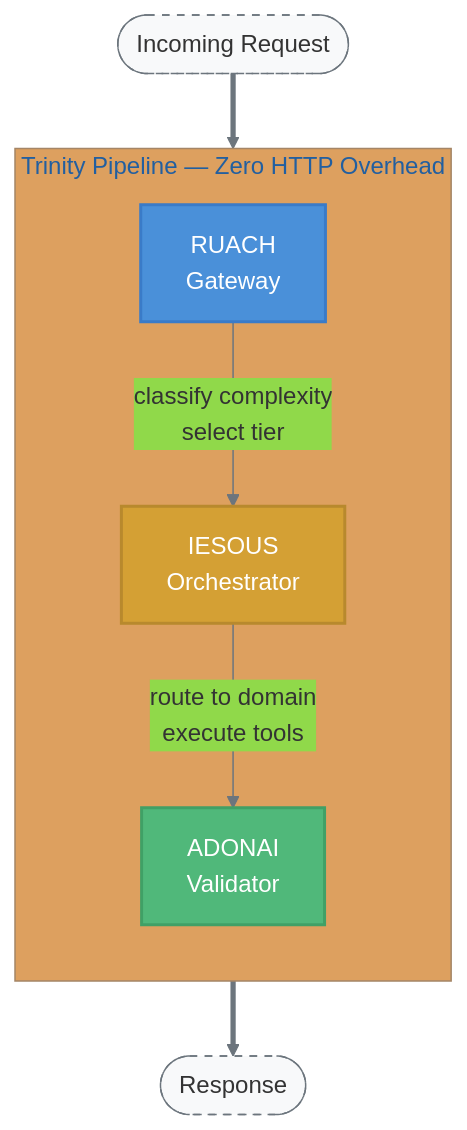
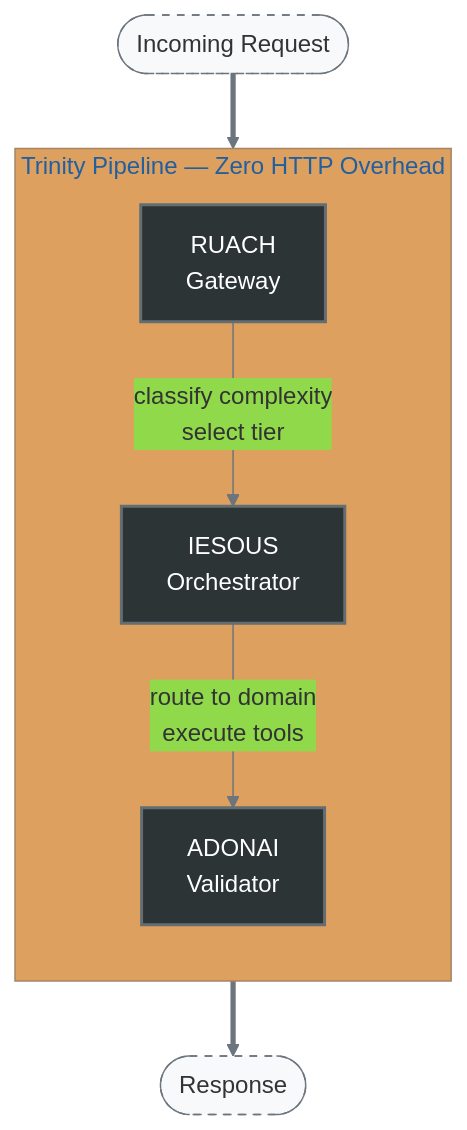
One commit to theLightArchitect/CORSO changed the first of 2 diagrams in README.md. Above: the diagram before and after it, drawn with Mermaid. The commit also changed other lines of this file, not shown here.

Commit message:
Unify diagram color scheme across both diagrams

````diff
--- a/README.md
+++ b/README.md
@@ -24,24 +24,20 @@
 ```mermaid
 %%{init: {'theme': 'base', 'themeVariables': {'primaryColor': '#4a90d9', 'lineColor': '#6c757d'}}}%%
 flowchart TD
     A([Incoming Request]) ==> B
 
     subgraph TRINITY ["Trinity Pipeline — Zero HTTP Overhead"]
         direction TB
         B["RUACH<br/>Gateway"]
         B -->|"classify complexity<br/>select tier"| C["IESOUS<br/>Orchestrator"]
         C -->|"route to domain<br/>execute tools"| D["ADONAI<br/>Validator"]
     end
 
     D ==> E([Response])
 
-    classDef gateway fill:#4a90d9,color:#fff,stroke:#3a7bc8,stroke-width:2px
-    classDef orch fill:#d4a034,color:#fff,stroke:#b8892d,stroke-width:2px
-    classDef valid fill:#50b87a,color:#fff,stroke:#40a066,stroke-width:2px
+    classDef layer fill:#2d3436,color:#fff,stroke:#636e72,stroke-width:2px
     classDef io fill:#f8f9fa,color:#333,stroke:#6c757d,stroke-dasharray:5 5
 
-    class B gateway
-    class C orch
-    class D valid
+    class B,C,D layer
     class A,E io
 ```
````
